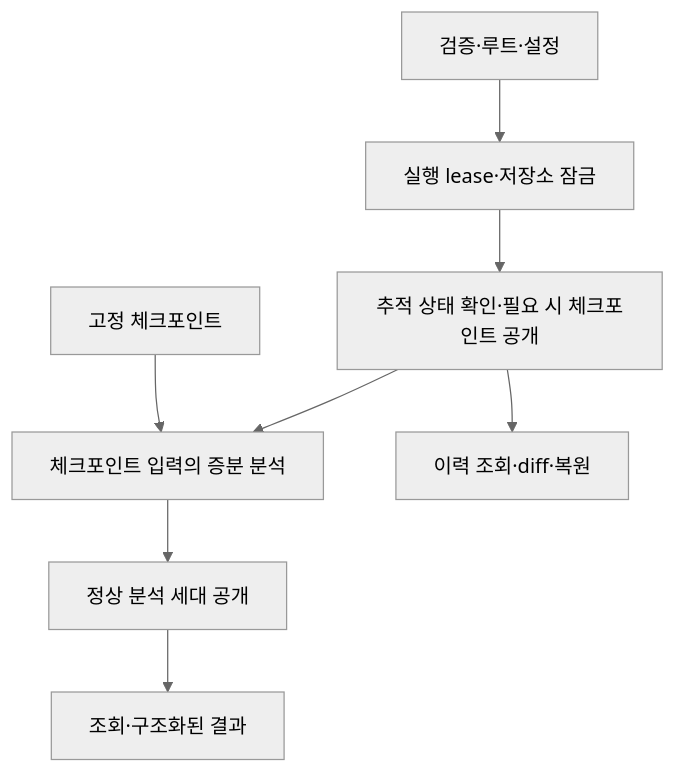
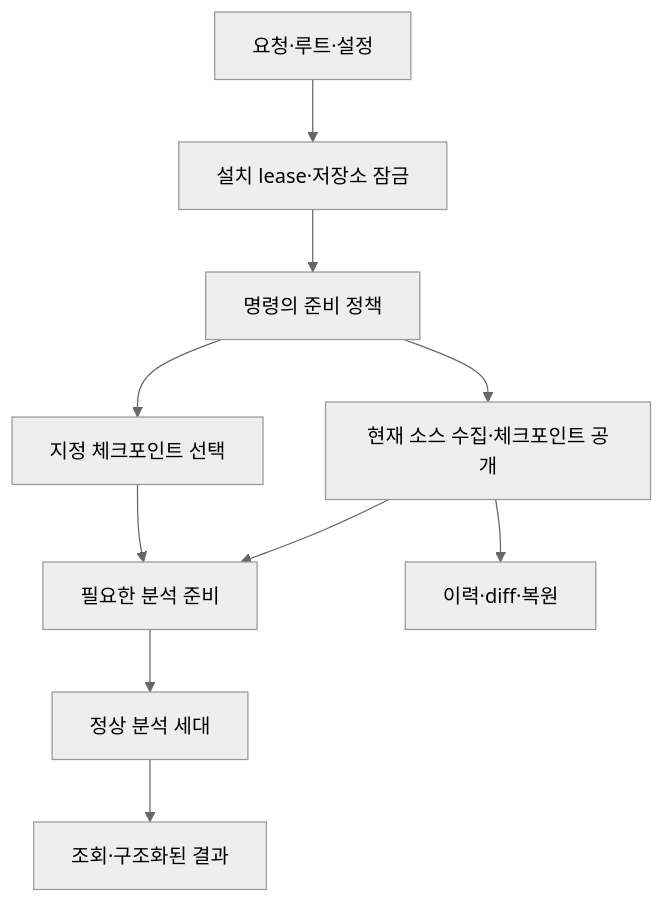
Before and after one commit to keonho-kim/kodstar: the second of 2 diagrams in docs/architecture.md, drawn with Mermaid (neutral theme). The commit also changed other lines of this file and 163 other files, not shown here.

````diff
--- a/docs/architecture.md
+++ b/docs/architecture.md
@@ -212,10 +180,12 @@
 ```mermaid
 flowchart TD
-    COMMAND[검증·루트·설정] --> LEASE[실행 lease·저장소 잠금]
-    LEASE --> CAPTURE[추적 상태 확인·필요 시 체크포인트 공개]
-    CAPTURE --> ANALYSIS[체크포인트 입력의 증분 분석]
-    ANALYSIS --> GENERATION[정상 분석 세대 공개]
+    REQUEST[요청·루트·설정] --> LEASE[설치 lease·저장소 잠금]
+    LEASE --> PREPARE[명령의 준비 정책]
+    PREPARE --> CAPTURE[현재 소스 수집·체크포인트 공개]
+    PREPARE --> REVISION[지정 체크포인트 선택]
+    CAPTURE --> ANALYSIS[필요한 분석 준비]
+    REVISION --> ANALYSIS
+    ANALYSIS --> GENERATION[정상 분석 세대]
     GENERATION --> RESULT[조회·구조화된 결과]
-    CAPTURE --> HISTORY[이력 조회·diff·복원]
-    REVISION[고정 체크포인트] --> ANALYSIS
+    CAPTURE --> HISTORY[이력·diff·복원]
 ```
````
